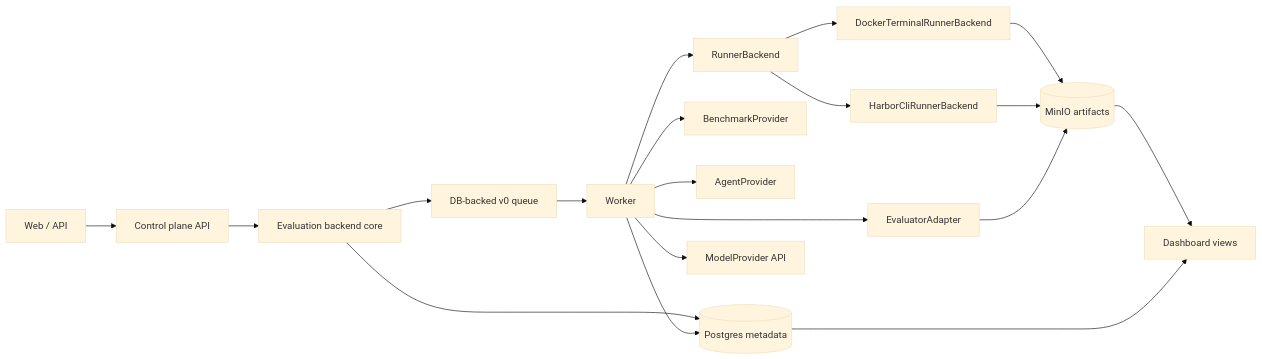
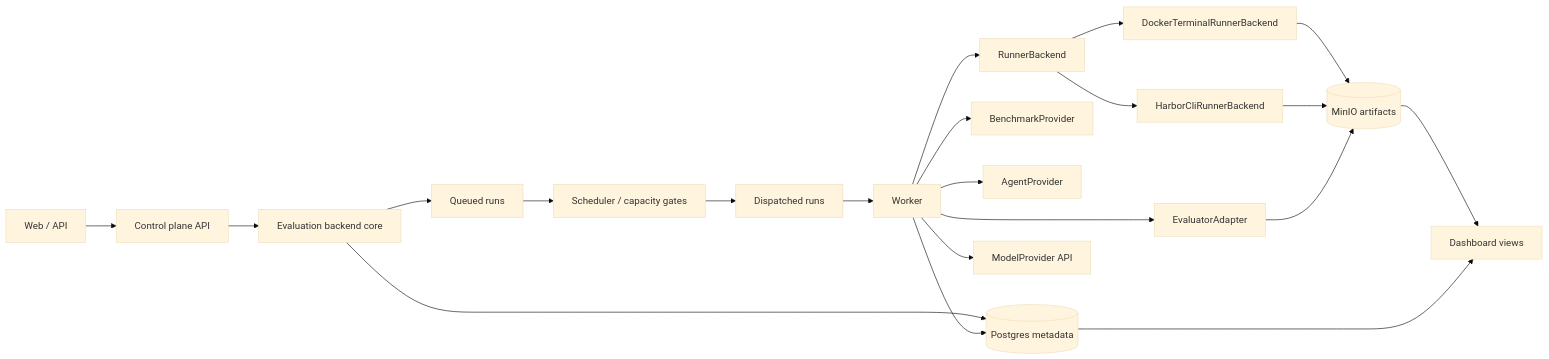
Before and after one commit to qianyi-sun/loom: the fourth of 4 diagrams in README.md, drawn with Mermaid (base theme). The commit also changed other lines of this file and 20 other files, not shown here.

Commit message:
Add scheduler capacity dispatch slice (#165)

````diff
--- a/README.md
+++ b/README.md
@@ -116,21 +116,23 @@
 ```mermaid
 flowchart LR
     UI["Web / API"] --> API["Control plane API"]
     API --> Core["Evaluation backend core"]
     Core --> DB[("Postgres metadata")]
-    Core --> Queue["DB-backed v0 queue"]
-    Queue --> Worker["Worker"]
+    Core --> Queue["Queued runs"]
+    Queue --> Scheduler["Scheduler / capacity gates"]
+    Scheduler --> Dispatch["Dispatched runs"]
+    Dispatch --> Worker["Worker"]
     Worker --> Benchmark["BenchmarkProvider"]
     Worker --> Agent["AgentProvider"]
     Worker --> Runner["RunnerBackend"]
     Worker --> Model["ModelProvider API"]
     Worker --> Eval["EvaluatorAdapter"]
     Runner --> Sandbox["DockerTerminalRunnerBackend"]
     Runner --> Harbor["HarborCliRunnerBackend"]
     Sandbox --> Store[("MinIO artifacts")]
     Harbor --> Store
     Eval --> Store
     Worker --> DB
     Store --> Dashboard["Dashboard views"]
     DB --> Dashboard
 ```
````
